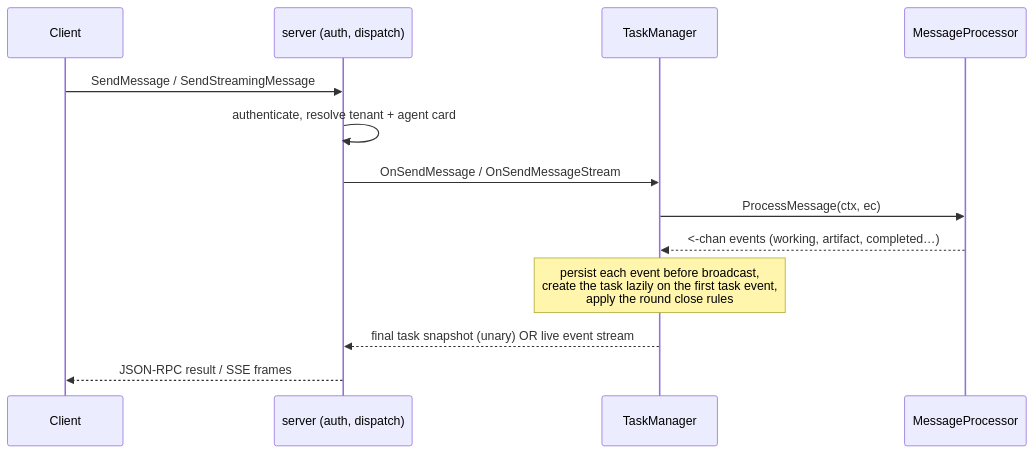
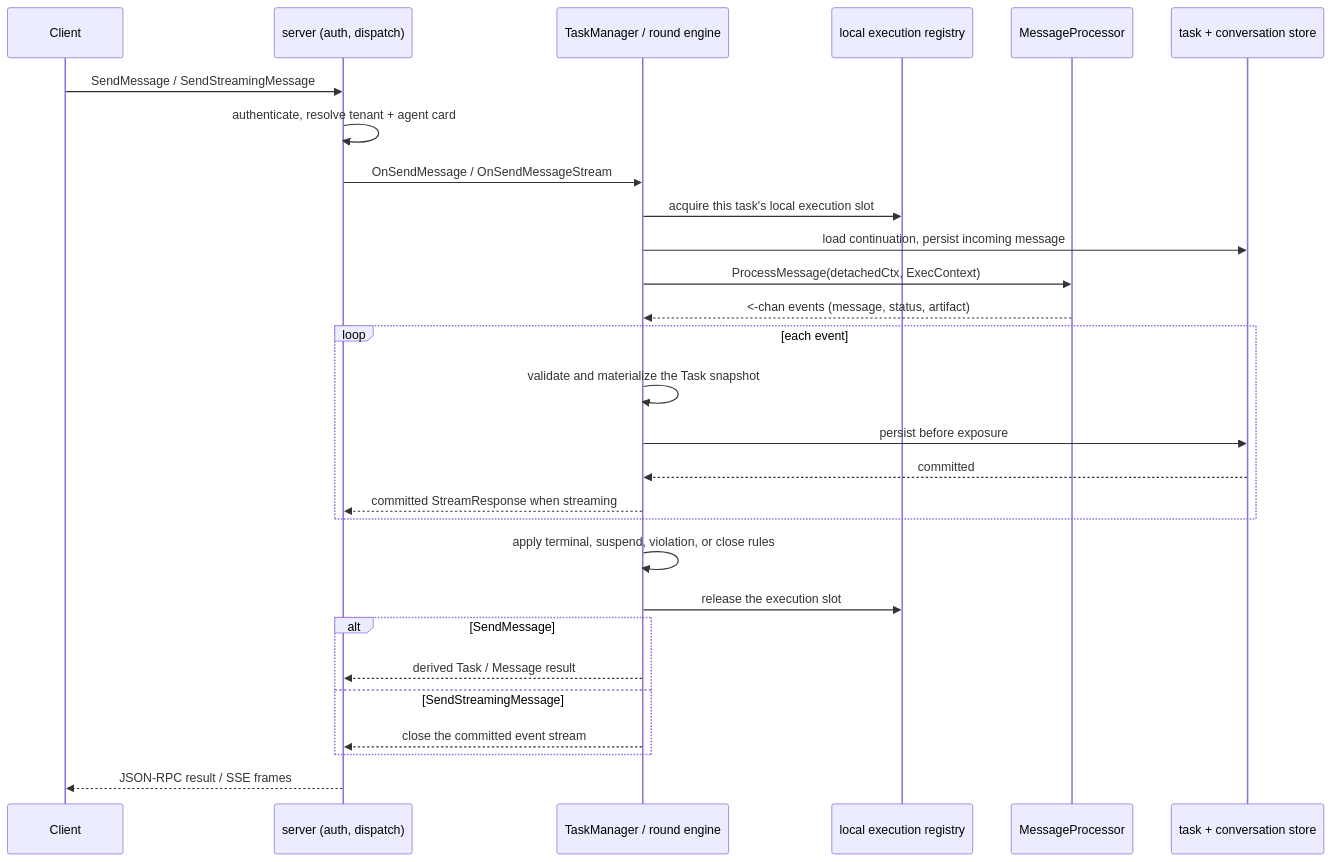
One commit to trpc-group/trpc-a2a-go changed the second of 2 diagrams in docs/mkdocs/en/overview.md. Above: the diagram before and after it, drawn with Mermaid. The commit also changed other lines of this file and 3 other files, not shown here.

Commit message:
docs: add architecture and Redis resubscribe diagrams

````diff
--- a/docs/mkdocs/en/overview.md
+++ b/docs/mkdocs/en/overview.md
@@ -75,16 +100,31 @@
 ```mermaid
 sequenceDiagram
     participant Client
     participant Server as server (auth, dispatch)
-    participant TM as TaskManager
+    participant TM as TaskManager / round engine
+    participant Registry as local execution registry
     participant P as MessageProcessor
+    participant Store as task + conversation store
 
     Client->>Server: SendMessage / SendStreamingMessage
     Server->>Server: authenticate, resolve tenant + agent card
     Server->>TM: OnSendMessage / OnSendMessageStream
-    TM->>P: ProcessMessage(ctx, ec)
-    P-->>TM: <-chan events (working, artifact, completed…)
-    Note over TM: persist each event before broadcast,<br/>create the task lazily on the first task event,<br/>apply the round close rules
-    TM-->>Server: final task snapshot (unary) OR live event stream
+    TM->>Registry: acquire this task's local execution slot
+    TM->>Store: load continuation, persist incoming message
+    TM->>P: ProcessMessage(detachedCtx, ExecContext)
+    P-->>TM: <-chan events (message, status, artifact)
+    loop each event
+        TM->>TM: validate and materialize the Task snapshot
+        TM->>Store: persist before exposure
+        Store-->>TM: committed
+        TM-->>Server: committed StreamResponse when streaming
+    end
+    TM->>TM: apply terminal, suspend, violation, or close rules
+    TM->>Registry: release the execution slot
+    alt SendMessage
+        TM-->>Server: derived Task / Message result
+    else SendStreamingMessage
+        TM-->>Server: close the committed event stream
+    end
     Server-->>Client: JSON-RPC result / SSE frames
 ```
````
